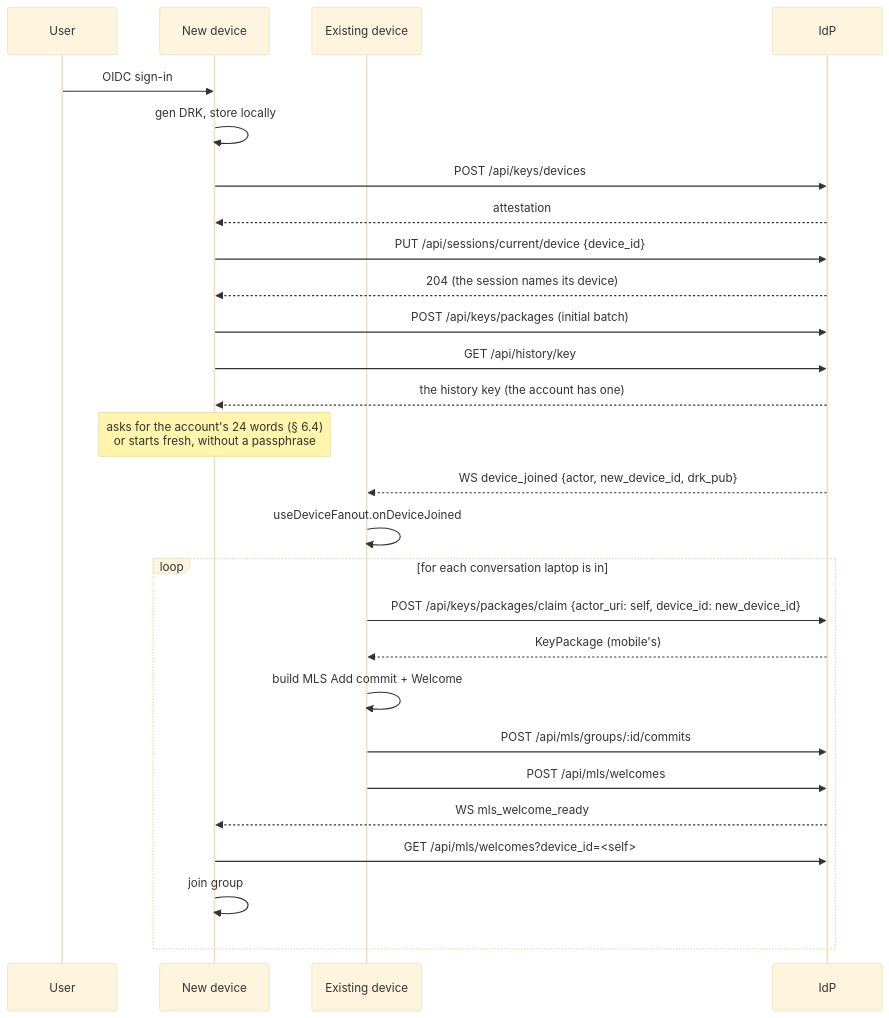
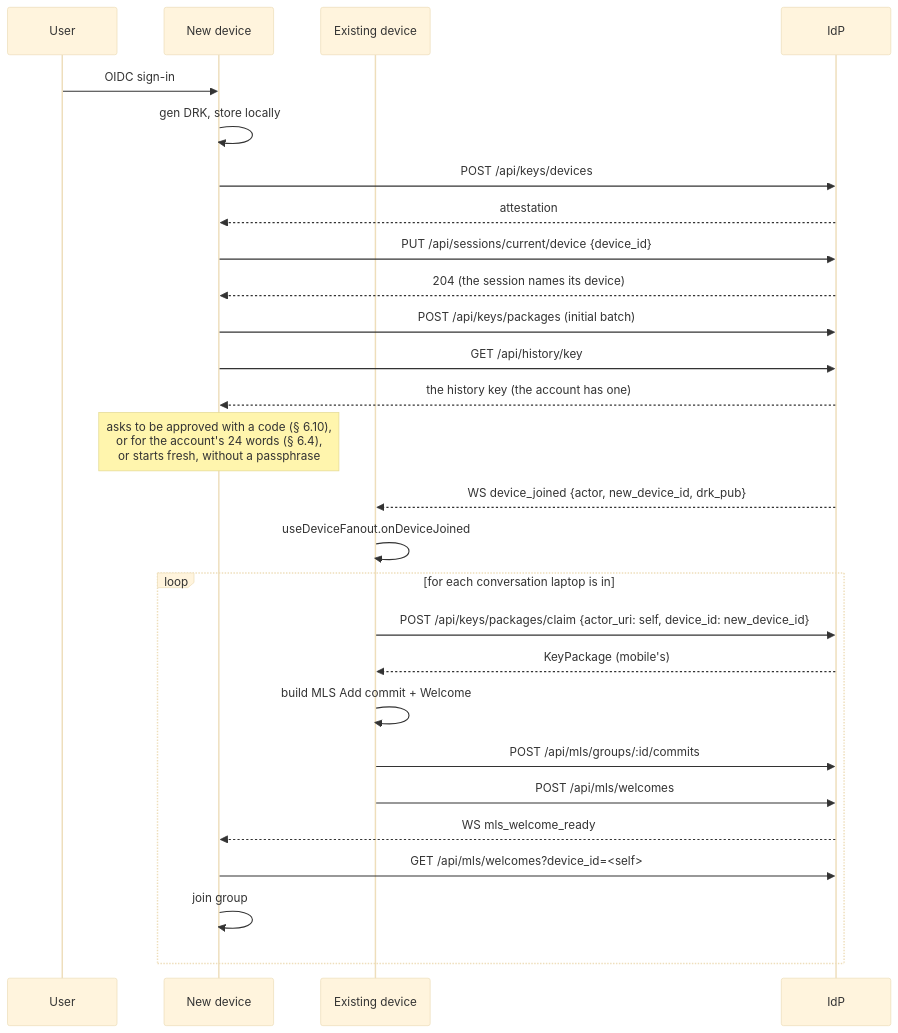
Before and after one commit to Pina-i/pinai: the eighth of 17 diagrams in identity-provider/specs/e2ee.md, drawn with Mermaid (base theme). The commit also changed other lines of this file and 52 other files, not shown here.

````diff
--- a/identity-provider/specs/e2ee.md
+++ b/identity-provider/specs/e2ee.md
@@ -560,30 +739,30 @@
 ```mermaid
 sequenceDiagram
     participant U as User
     participant Mobile as New device
     participant Laptop as Existing device
     participant IdP
 
     U->>Mobile: OIDC sign-in
     Mobile->>Mobile: gen DRK, store locally
     Mobile->>IdP: POST /api/keys/devices
     IdP-->>Mobile: attestation
     Mobile->>IdP: PUT /api/sessions/current/device {device_id}
     IdP-->>Mobile: 204 (the session names its device)
     Mobile->>IdP: POST /api/keys/packages (initial batch)
     Mobile->>IdP: GET /api/history/key
     IdP-->>Mobile: the history key (the account has one)
-    Note over Mobile: asks for the account's 24 words (§ 6.4)<br/>or starts fresh, without a passphrase
+    Note over Mobile: asks to be approved with a code (§ 6.10),<br/>or for the account's 24 words (§ 6.4),<br/>or starts fresh, without a passphrase
     IdP-->>Laptop: WS device_joined {actor, new_device_id, drk_pub}
     Laptop->>Laptop: useDeviceFanout.onDeviceJoined
     loop for each conversation laptop is in
         Laptop->>IdP: POST /api/keys/packages/claim {actor_uri: self, device_id: new_device_id}
         IdP-->>Laptop: KeyPackage (mobile's)
         Laptop->>Laptop: build MLS Add commit + Welcome
         Laptop->>IdP: POST /api/mls/groups/:id/commits
         Laptop->>IdP: POST /api/mls/welcomes
         IdP-->>Mobile: WS mls_welcome_ready
         Mobile->>IdP: GET /api/mls/welcomes?device_id=<self>
         Mobile->>Mobile: join group
     end
 ```
````
